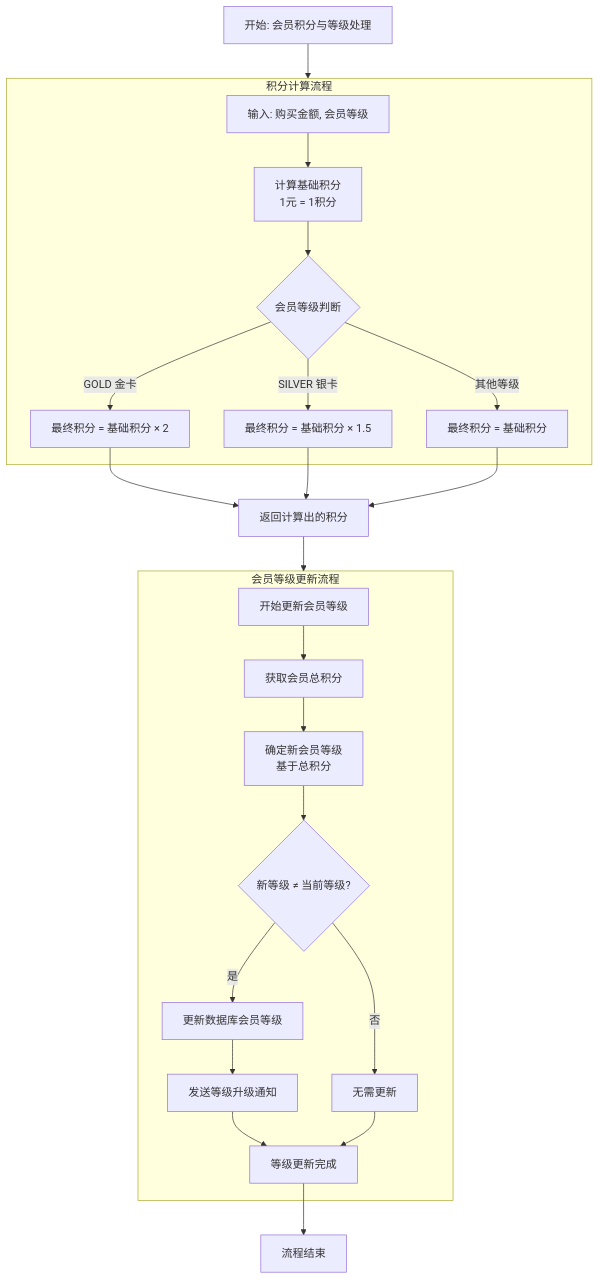
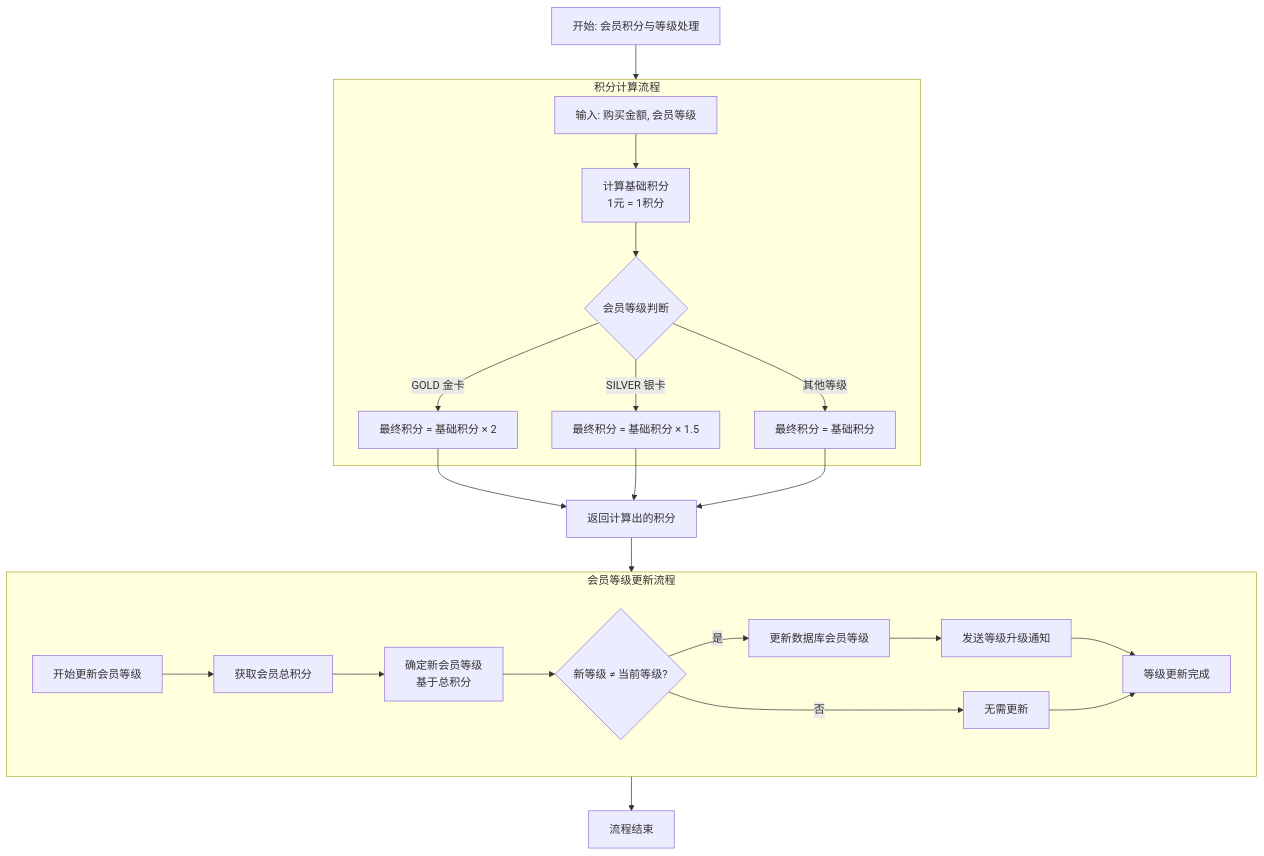
The diagram in all/未命名-4.md (HelloMe66/iodraw-files), drawn with Mermaid before and after one commit.

Commit message:
2025-12-05 14:35:44 update

````diff
--- a/all/未命名-4.md
+++ b/all/未命名-4.md
@@ -1,35 +1,35 @@
 ```mermaid
 flowchart TD
     A[开始: 会员积分与等级处理] --> B
     
     subgraph B [积分计算流程]
         B1[输入: 购买金额, 会员等级] --> B2[计算基础积分<br>1元 = 1积分]
         B2 --> B3{会员等级判断}
         
         B3 -->|GOLD 金卡| B4[最终积分 = 基础积分 × 2]
         B3 -->|SILVER 银卡| B5[最终积分 = 基础积分 × 1.5]
         B3 -->|其他等级| B6[最终积分 = 基础积分]
     end
     
     B4 --> C
     B5 --> C
     B6 --> C
     
     C[返回计算出的积分] --> D
     
     subgraph D [会员等级更新流程]
-    
+        direction LR
         D1[开始更新会员等级] --> D2[获取会员总积分]
         D2 --> D3[确定新会员等级<br>基于总积分]
         D3 --> D4{新等级 ≠ 当前等级?}
         
         D4 -->|是| D5[更新数据库会员等级]
         D5 --> D6[发送等级升级通知]
         D6 --> D7[等级更新完成]
         
         D4 -->|否| D8[无需更新]
         D8 --> D7
     end
     
     D7 --> E[流程结束]
 ```
````
